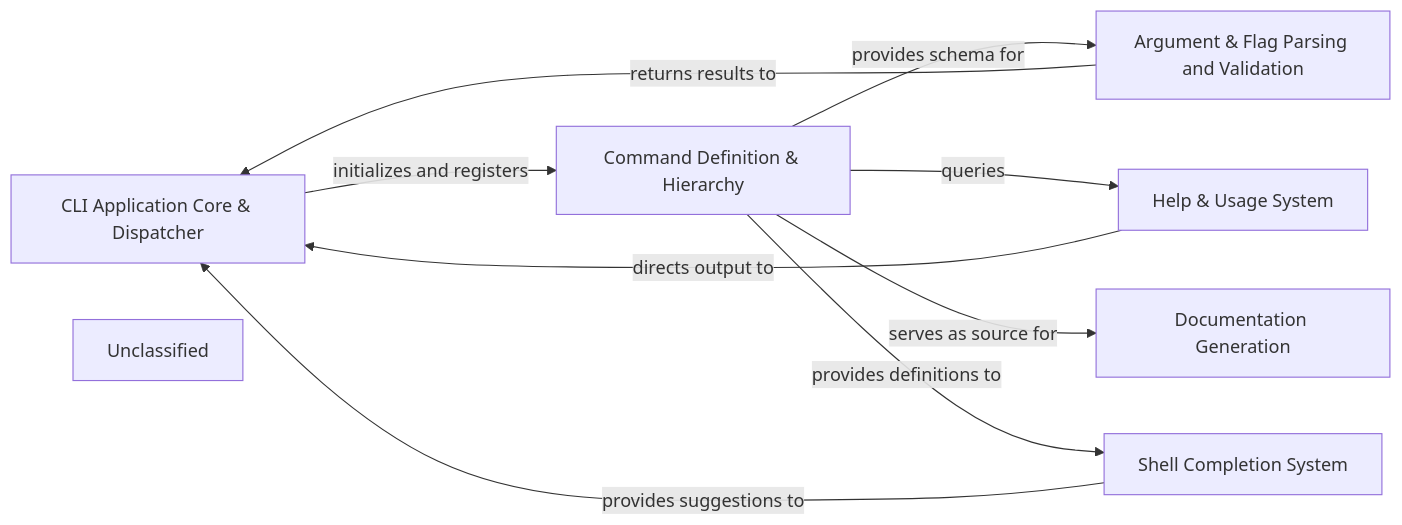
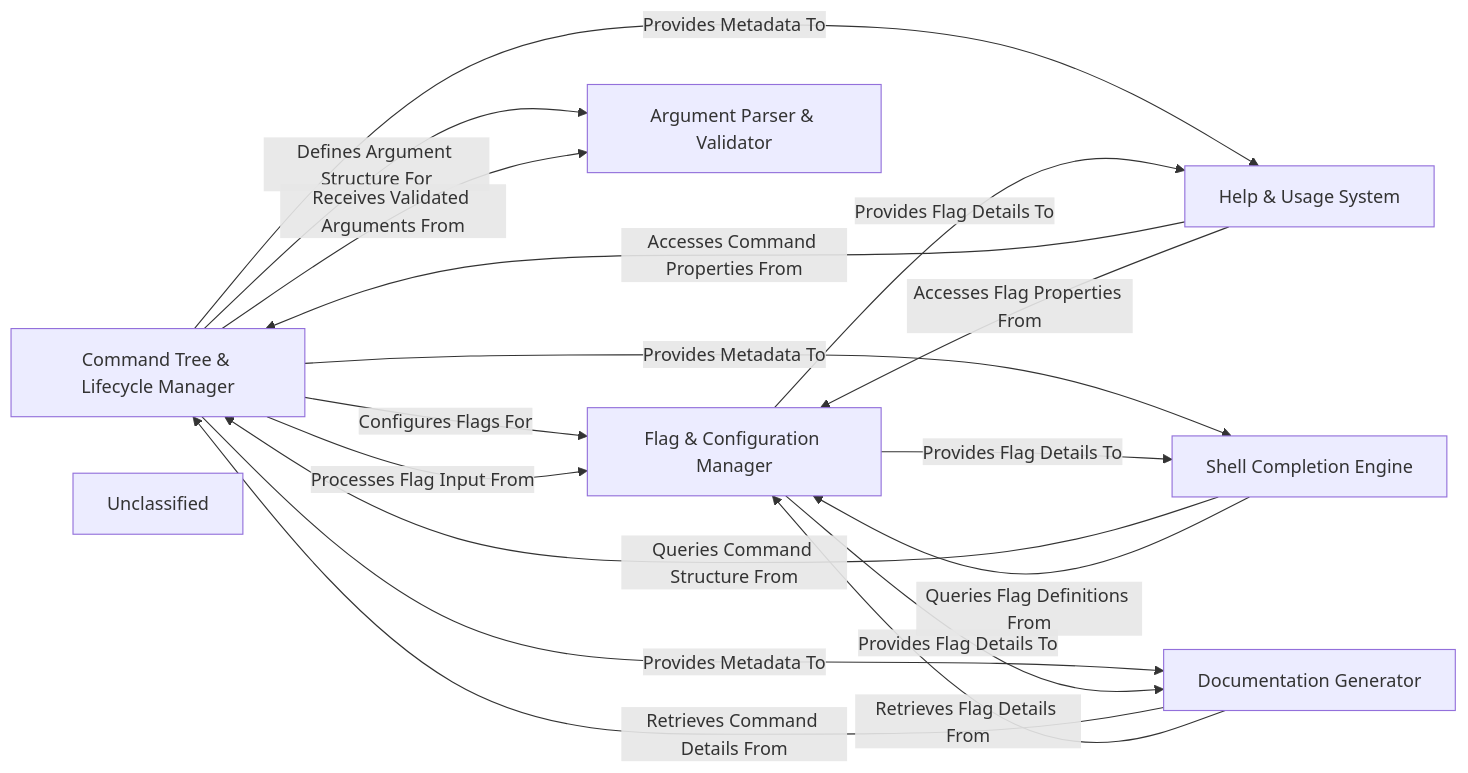
Before and after one commit to CodeBoarding/GeneratedOnBoardings: the diagram in cobra/on_boarding.md, drawn with Mermaid. The commit also changed other lines of this file, not shown here.

````diff
--- a/cobra/on_boarding.md
+++ b/cobra/on_boarding.md
@@ -1,18 +1,26 @@
 ```mermaid
 graph LR
-    CLI_Application_Core_Dispatcher["CLI Application Core & Dispatcher"]
-    Command_Definition_Hierarchy["Command Definition & Hierarchy"]
-    Argument_Flag_Parsing_and_Validation["Argument & Flag Parsing and Validation"]
+    Command_Tree_Lifecycle_Manager["Command Tree & Lifecycle Manager"]
+    Flag_Configuration_Manager["Flag & Configuration Manager"]
+    Argument_Parser_Validator["Argument Parser & Validator"]
     Help_Usage_System["Help & Usage System"]
-    Documentation_Generation["Documentation Generation"]
-    Shell_Completion_System["Shell Completion System"]
+    Shell_Completion_Engine["Shell Completion Engine"]
+    Documentation_Generator["Documentation Generator"]
     Unclassified["Unclassified"]
-    CLI_Application_Core_Dispatcher -- "initializes and registers" --> Command_Definition_Hierarchy
-    Command_Definition_Hierarchy -- "provides schema for" --> Argument_Flag_Parsing_and_Validation
-    Argument_Flag_Parsing_and_Validation -- "returns results to" --> CLI_Application_Core_Dispatcher
-    Command_Definition_Hierarchy -- "queries" --> Help_Usage_System
-    Help_Usage_System -- "directs output to" --> CLI_Application_Core_Dispatcher
-    Command_Definition_Hierarchy -- "serves as source for" --> Documentation_Generation
-    Command_Definition_Hierarchy -- "provides definitions to" --> Shell_Completion_System
-    Shell_Completion_System -- "provides suggestions to" --> CLI_Application_Core_Dispatcher
+    Command_Tree_Lifecycle_Manager -- "Configures Flags For" --> Flag_Configuration_Manager
+    Command_Tree_Lifecycle_Manager -- "Processes Flag Input From" --> Flag_Configuration_Manager
+    Command_Tree_Lifecycle_Manager -- "Defines Argument Structure For" --> Argument_Parser_Validator
+    Command_Tree_Lifecycle_Manager -- "Receives Validated Arguments From" --> Argument_Parser_Validator
+    Command_Tree_Lifecycle_Manager -- "Provides Metadata To" --> Help_Usage_System
+    Command_Tree_Lifecycle_Manager -- "Provides Metadata To" --> Shell_Completion_Engine
+    Command_Tree_Lifecycle_Manager -- "Provides Metadata To" --> Documentation_Generator
+    Flag_Configuration_Manager -- "Provides Flag Details To" --> Help_Usage_System
+    Flag_Configuration_Manager -- "Provides Flag Details To" --> Shell_Completion_Engine
+    Flag_Configuration_Manager -- "Provides Flag Details To" --> Documentation_Generator
+    Help_Usage_System -- "Accesses Command Properties From" --> Command_Tree_Lifecycle_Manager
+    Help_Usage_System -- "Accesses Flag Properties From" --> Flag_Configuration_Manager
+    Shell_Completion_Engine -- "Queries Command Structure From" --> Command_Tree_Lifecycle_Manager
+    Shell_Completion_Engine -- "Queries Flag Definitions From" --> Flag_Configuration_Manager
+    Documentation_Generator -- "Retrieves Command Details From" --> Command_Tree_Lifecycle_Manager
+    Documentation_Generator -- "Retrieves Flag Details From" --> Flag_Configuration_Manager
 ```
````
